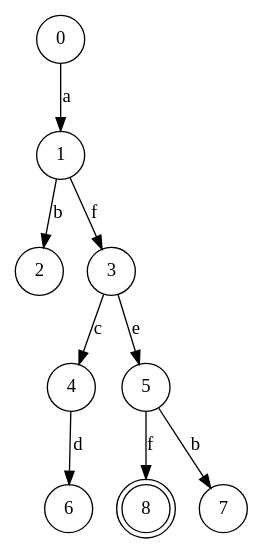
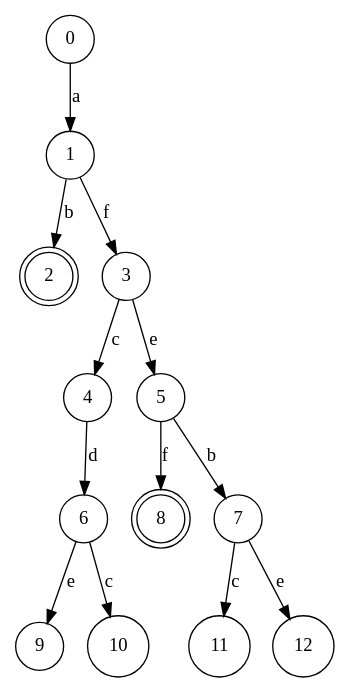
Before and after one commit to dvberkel/bergen: the diagram in states.dot, drawn with Graphviz. The commit also changed 1 other file, not shown here.

```diff
--- a/states.dot
+++ b/states.dot
@@ -1,12 +1,17 @@
 digraph {
   node [shape=circle];
+  2 [shape=doublecircle];
   8 [shape=doublecircle];
   0 -> 1 [label="a"];
   1 -> 2 [label="b"];
   1 -> 3 [label="f"];
   3 -> 4 [label="c"];
   3 -> 5 [label="e"];
   4 -> 6 [label="d"];
   5 -> 7 [label="b"];
   5 -> 8 [label="f"];
+  6 -> 9 [label="e"];
+  6 -> 10 [label="c"];
+  7 -> 11 [label="c"];
+  7 -> 12 [label="e"];
 }
```
